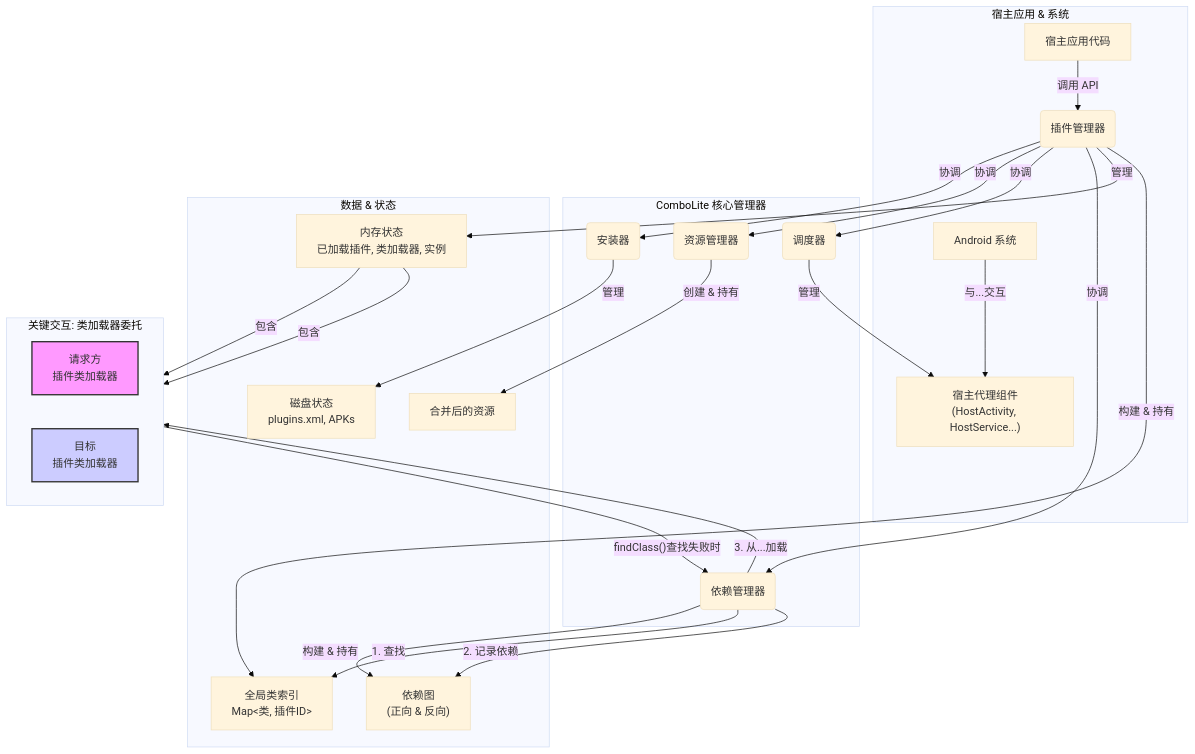
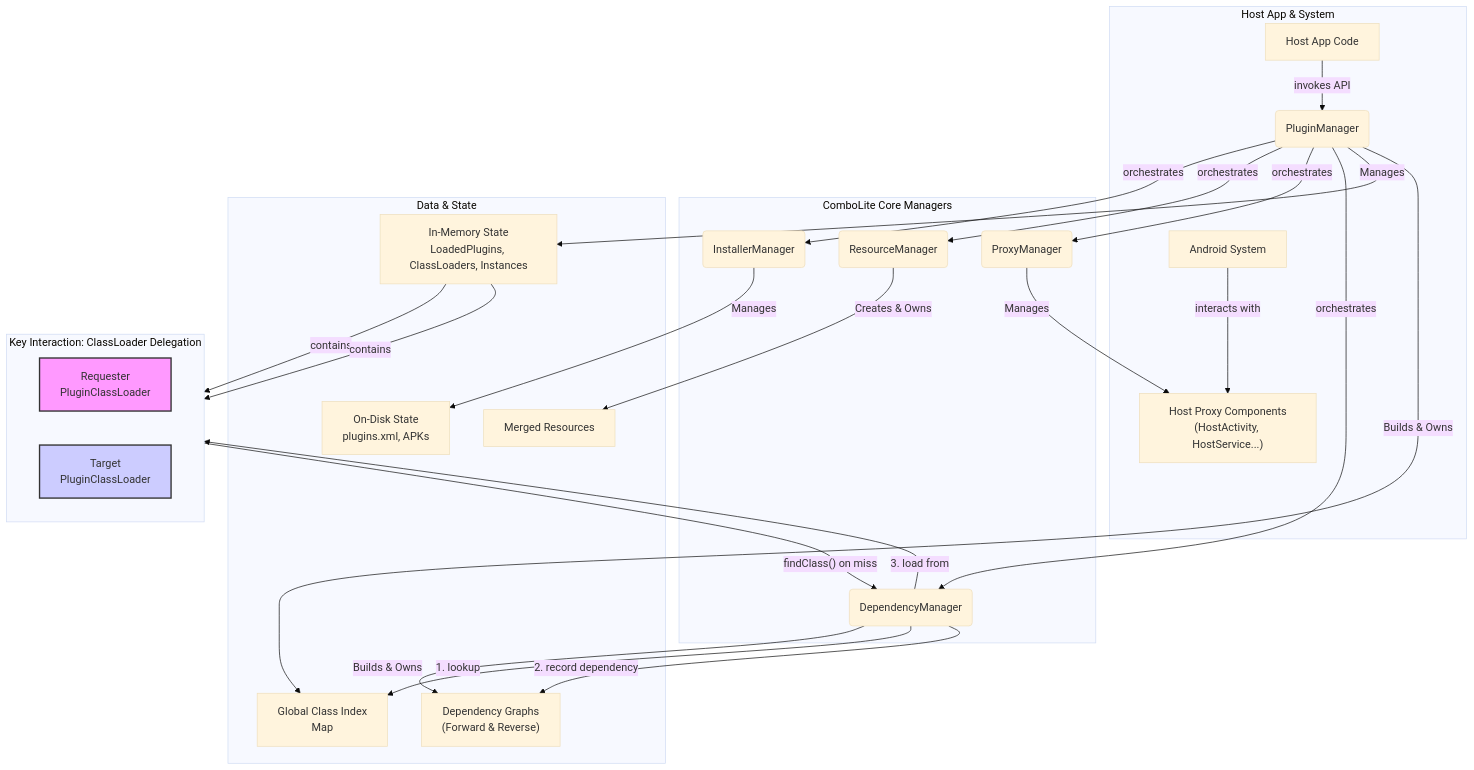
The diagram in README.md (VpJokor/ComboLite), drawn with Mermaid (base theme) before and after one commit. The commit also changed other lines of this file and 7 other files, not shown here.

`````diff
--- a/README.md
+++ b/README.md
@@ -120,45 +147,45 @@
 ```mermaid
 graph TD
-    subgraph "宿主应用 & 系统"
-        HostApp[宿主应用代码] -- 调用 API --> PM(插件管理器)
-        AndroidSystem[Android 系统] -- 与...交互 --> HostProxies["宿主代理组件<br>(HostActivity, HostService...)"]
+    subgraph "Host App & System"
+        HostApp[Host App Code] -- invokes API --> PM(PluginManager)
+        AndroidSystem[Android System] -- interacts with --> HostProxies["Host Proxy Components<br>(HostActivity, HostService...)"]
     end
 
-    subgraph "ComboLite 核心管理器"
-        PM -- 协调 --> IM(安装器)
-        PM -- 协调 --> RM(资源管理器)
-        PM -- 协调 --> ProxyM(调度器)
-        PM -- 协调 --> DM(依赖管理器)
+    subgraph "ComboLite Core Managers"
+        PM -- orchestrates --> IM(InstallerManager)
+        PM -- orchestrates --> RM(ResourceManager)
+        PM -- orchestrates --> ProxyM(ProxyManager)
+        PM -- orchestrates --> DM(DependencyManager)
     end
     
-    subgraph "数据 & 状态"
-        OnDiskState["磁盘状态<br>plugins.xml, APKs"]
-        InMemoryState["内存状态<br>已加载插件, 类加载器, 实例"]
-        ClassIndex["全局类索引<br>Map<类, 插件ID>"]
-        DepGraph["依赖图<br>(正向 & 反向)"]
-        MergedRes["合并后的资源"]
+    subgraph "Data & State"
+        OnDiskState["On-Disk State<br>plugins.xml, APKs"]
+        InMemoryState["In-Memory State<br>LoadedPlugins, ClassLoaders, Instances"]
+        ClassIndex["Global Class Index<br>Map<Class, PluginId>"]
+        DepGraph["Dependency Graphs<br>(Forward & Reverse)"]
+        MergedRes["Merged Resources"]
     end
     
-    %% --- 管理器职责 ---
-    IM -- "管理" --> OnDiskState
-    PM -- "管理" --> InMemoryState
-    PM -- "构建 & 持有" --> ClassIndex
-    DM -- "构建 & 持有" --> DepGraph
-    RM -- "创建 & 持有" --> MergedRes
-    ProxyM -- "管理" --> HostProxies
+    %% --- Manager Responsibilities ---
+    IM -- "Manages" --> OnDiskState
+    PM -- "Manages" --> InMemoryState
+    PM -- "Builds & Owns" --> ClassIndex
+    DM -- "Builds & Owns" --> DepGraph
+    RM -- "Creates & Owns" --> MergedRes
+    ProxyM -- "Manages" --> HostProxies
     
-    %% --- 关键交互 ---
-    subgraph "关键交互: 类加载器委托"
+    %% --- Key Interactions ---
+    subgraph "Key Interaction: ClassLoader Delegation"
         direction LR
         style RequesterPCL fill:#f9f,stroke:#333,stroke-width:2px
         style TargetPCL fill:#ccf,stroke:#333,stroke-width:2px
         
-        RequesterPCL["请求方<br>插件类加载器"] -- "findClass()查找失败时" --> DM
-        DM -- "1. 查找" --> ClassIndex
-        DM -- "2. 记录依赖" --> DepGraph
-        DM -- "3. 从...加载" --> TargetPCL["目标<br>插件类加载器"]
+        RequesterPCL["Requester<br>PluginClassLoader"] -- "findClass() on miss" --> DM
+        DM -- "1. lookup" --> ClassIndex
+        DM -- "2. record dependency" --> DepGraph
+        DM -- "3. load from" --> TargetPCL["Target<br>PluginClassLoader"]
     end
     
-    InMemoryState -- 包含 --> RequesterPCL
-    InMemoryState -- 包含 --> TargetPCL
-````
+    InMemoryState -- contains --> RequesterPCL
+    InMemoryState -- contains --> TargetPCL
+```
`````
